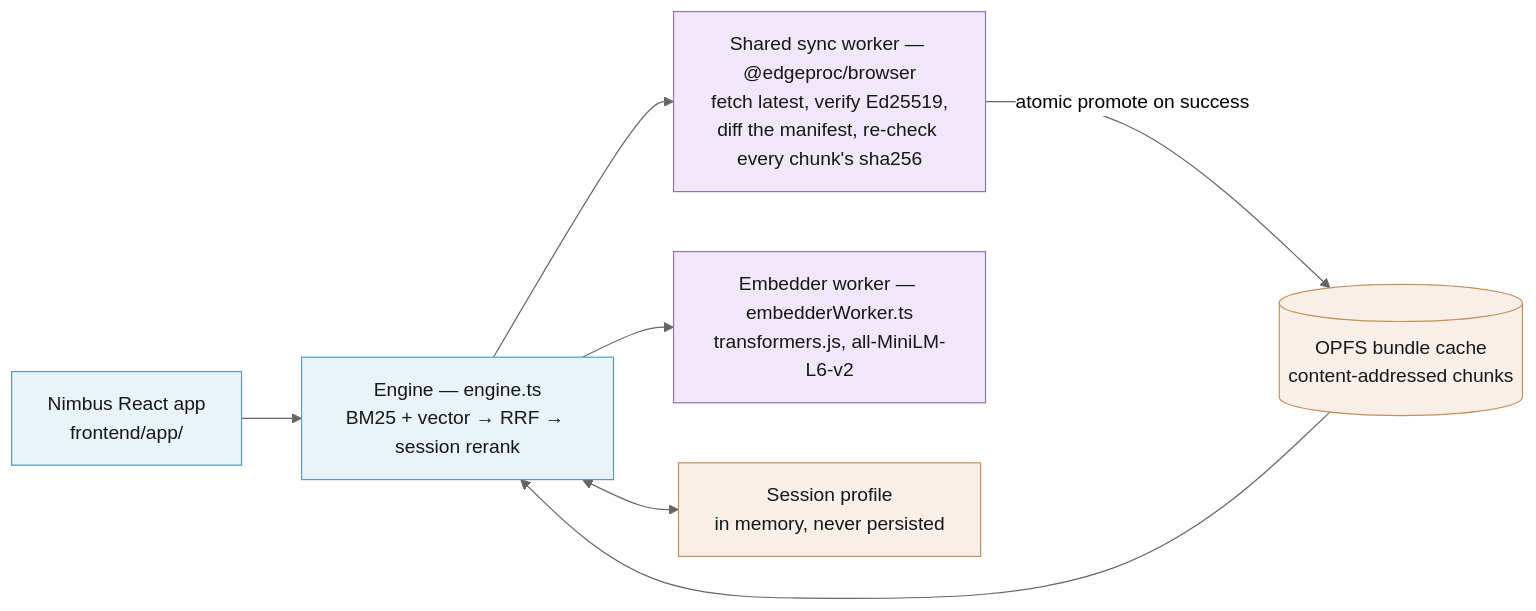
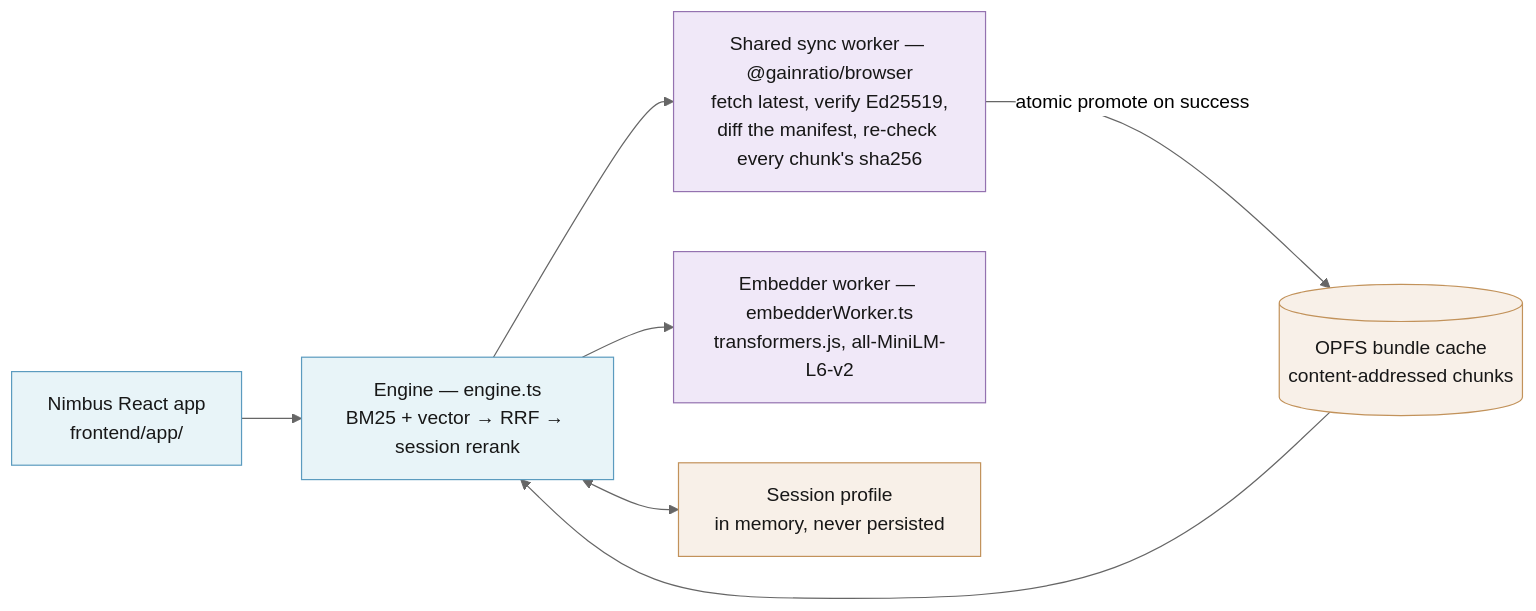
One commit to gainratio/edge-reco changed the third of 4 diagrams in docs/ARCHITECTURE.md. Above: the diagram before and after it, drawn with Mermaid (neutral theme). The commit also changed other lines of this file and 60 other files, not shown here.

First line of the commit message:
deps: take @gainratio/browser from npm (^0.2.0), track @gainratio/* daily

````diff
--- a/docs/ARCHITECTURE.md
+++ b/docs/ARCHITECTURE.md
@@ -183,23 +183,23 @@
 ```mermaid
 flowchart LR
   app["Nimbus React app<br>frontend/app/"]
   engine["Engine — engine.ts<br>BM25 + vector → RRF → session rerank"]
-  sync["Shared sync worker — @edgeproc/browser<br>fetch latest, verify Ed25519,<br>diff the manifest, re-check every chunk's sha256"]
+  sync["Shared sync worker — @gainratio/browser<br>fetch latest, verify Ed25519,<br>diff the manifest, re-check every chunk's sha256"]
   embed["Embedder worker — embedderWorker.ts<br>transformers.js, all-MiniLM-L6-v2"]
   opfs[("OPFS bundle cache<br>content-addressed chunks")]
   profile["Session profile<br>in memory, never persisted"]
 
   app --> engine
   engine --> sync
   engine --> embed
   sync -->|"atomic promote on success"| opfs
   opfs --> engine
   engine <--> profile
 
   classDef ui fill:#e8f4f8,stroke:#5b9bbf,color:#171717;
   classDef work fill:#f0e8f8,stroke:#9472b0,color:#171717;
   classDef store fill:#f8f0e8,stroke:#c2925a,color:#171717;
   class app,engine ui;
   class sync,embed work;
   class opfs,profile store;
 ```
````
